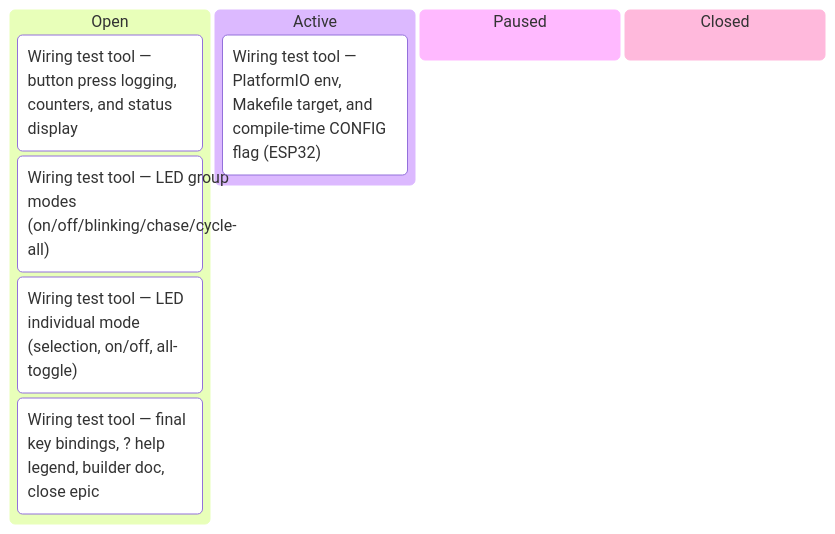
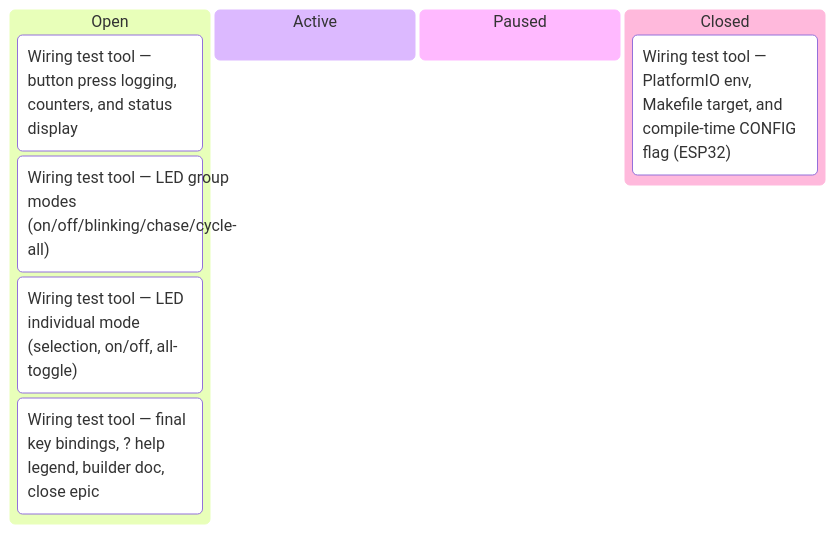
One commit to tgd1975/AwesomeGuitarPedal changed the seventh of 8 diagrams in docs/developers/tasks/KANBAN.md. Above: the diagram before and after it, drawn with Mermaid. The commit also changed other lines of this file and 3 other files, not shown here.

First line of the commit message:
close TASK-383: Wiring test tool — PlatformIO env, Makefile target, and compile-time CONFIG flag (ESP32)

````diff
--- a/docs/developers/tasks/KANBAN.md
+++ b/docs/developers/tasks/KANBAN.md
@@ -102,12 +102,12 @@
 ```mermaid
 kanban
   Open
     TASK_384["Wiring test tool — button press logging, counters, and status display"]
     TASK_385["Wiring test tool — LED group modes (on/off/blinking/chase/cycle-all)"]
     TASK_386["Wiring test tool — LED individual mode (selection, on/off, all-toggle)"]
     TASK_387["Wiring test tool — final key bindings, ? help legend, builder doc, close epic"]
   Active
-    TASK_383["Wiring test tool — PlatformIO env, Makefile target, and compile-time CONFIG flag (ESP32)"]
   Paused
   Closed
+    TASK_383["Wiring test tool — PlatformIO env, Makefile target, and compile-time CONFIG flag (ESP32)"]
 ```
````
